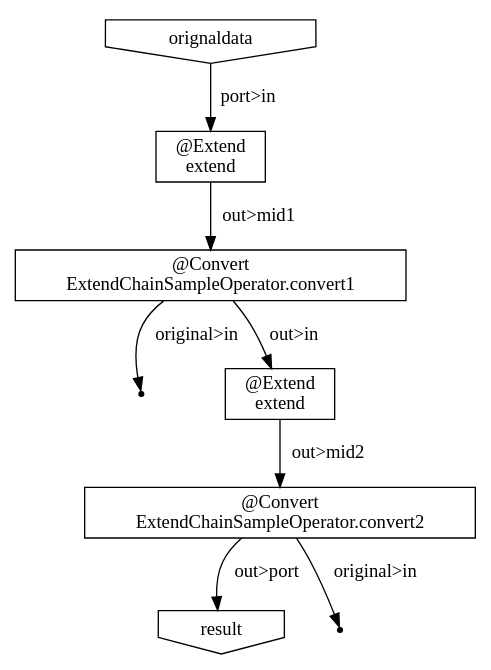
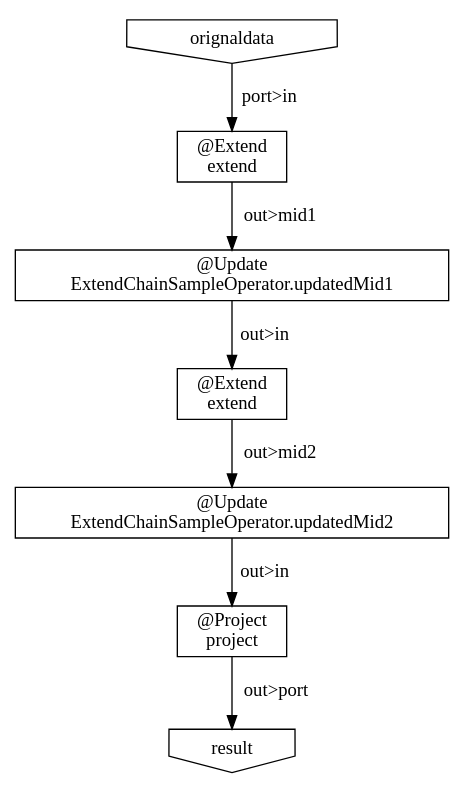
One commit to ironpeace/AsakusaExtendChainSample changed the diagram in target/batchcwork/ecsBatch/TheExtendChainSampleJobFlow/build/bin/META-INF/visualize/flowgraph.dot. Above: the diagram before and after it, drawn with Graphviz. The commit also changed 34 other files, not shown here.

```diff
--- a/target/batchcwork/ecsBatch/TheExtendChainSampleJobFlow/build/bin/META-INF/visualize/flowgraph.dot
+++ b/target/batchcwork/ecsBatch/TheExtendChainSampleJobFlow/build/bin/META-INF/visualize/flowgraph.dot
@@ -1,17 +1,15 @@
 digraph {
-    "a97cea35-ad63-4900-8ee2-0e30cc5f40ff" [shape=box, label="@Extend\nextend"];
-    "8be70f45-2252-4c80-ad96-d7ce3ef59361" [shape=point];
-    "4af8b9b5-a4ef-4a1c-bf2a-77342154c643" [shape=box, label="@Convert\nExtendChainSampleOperator.convert2"];
-    "d7191397-9e0d-4599-bf7f-ce85c9274778" [shape=box, label="@Extend\nextend"];
-    "ec17c159-1bfa-4e10-94a7-7ceefe9f6a1e" [shape=invhouse, label="orignaldata"];
-    "8864bdeb-9a29-4a6e-9dc0-0e0501b33961" [shape=invhouse, label="result"];
-    "8b2076c3-a72f-4376-8256-bf962379677f" [shape=box, label="@Convert\nExtendChainSampleOperator.convert1"];
-    "c3c8f08c-6bac-493d-9cbf-02c6b19da7eb" [shape=point];
-    "a97cea35-ad63-4900-8ee2-0e30cc5f40ff" -> "8b2076c3-a72f-4376-8256-bf962379677f" [label="out>mid1"];
-    "4af8b9b5-a4ef-4a1c-bf2a-77342154c643" -> "c3c8f08c-6bac-493d-9cbf-02c6b19da7eb" [label="original>in"];
-    "4af8b9b5-a4ef-4a1c-bf2a-77342154c643" -> "8864bdeb-9a29-4a6e-9dc0-0e0501b33961" [label="out>port"];
-    "d7191397-9e0d-4599-bf7f-ce85c9274778" -> "4af8b9b5-a4ef-4a1c-bf2a-77342154c643" [label="out>mid2"];
-    "ec17c159-1bfa-4e10-94a7-7ceefe9f6a1e" -> "a97cea35-ad63-4900-8ee2-0e30cc5f40ff" [label="port>in"];
-    "8b2076c3-a72f-4376-8256-bf962379677f" -> "8be70f45-2252-4c80-ad96-d7ce3ef59361" [label="original>in"];
-    "8b2076c3-a72f-4376-8256-bf962379677f" -> "d7191397-9e0d-4599-bf7f-ce85c9274778" [label="out>in"];
+    "cfc5f178-e3a7-4e21-8aea-06a7bf4b5422" [shape=box, label="@Extend\nextend"];
+    "3b367cc6-f115-4843-9d83-79314fc533b0" [shape=box, label="@Project\nproject"];
+    "68d3ad46-0a7f-47fb-ab91-6f91ee44800e" [shape=box, label="@Update\nExtendChainSampleOperator.updatedMid1"];
+    "0de102b8-03c3-4b2f-b305-36770aba1fa9" [shape=box, label="@Update\nExtendChainSampleOperator.updatedMid2"];
+    "93745809-68b2-43dc-9641-9cf157cfae57" [shape=invhouse, label="result"];
+    "3a8cb5b0-9569-4953-83e5-3c52bbd47817" [shape=invhouse, label="orignaldata"];
+    "ad881d18-b355-4b48-9cd6-2b849b45ceaf" [shape=box, label="@Extend\nextend"];
+    "cfc5f178-e3a7-4e21-8aea-06a7bf4b5422" -> "68d3ad46-0a7f-47fb-ab91-6f91ee44800e" [label="out>mid1"];
+    "3b367cc6-f115-4843-9d83-79314fc533b0" -> "93745809-68b2-43dc-9641-9cf157cfae57" [label="out>port"];
+    "68d3ad46-0a7f-47fb-ab91-6f91ee44800e" -> "ad881d18-b355-4b48-9cd6-2b849b45ceaf" [label="out>in"];
+    "0de102b8-03c3-4b2f-b305-36770aba1fa9" -> "3b367cc6-f115-4843-9d83-79314fc533b0" [label="out>in"];
+    "3a8cb5b0-9569-4953-83e5-3c52bbd47817" -> "cfc5f178-e3a7-4e21-8aea-06a7bf4b5422" [label="port>in"];
+    "ad881d18-b355-4b48-9cd6-2b849b45ceaf" -> "0de102b8-03c3-4b2f-b305-36770aba1fa9" [label="out>mid2"];
 }
```
